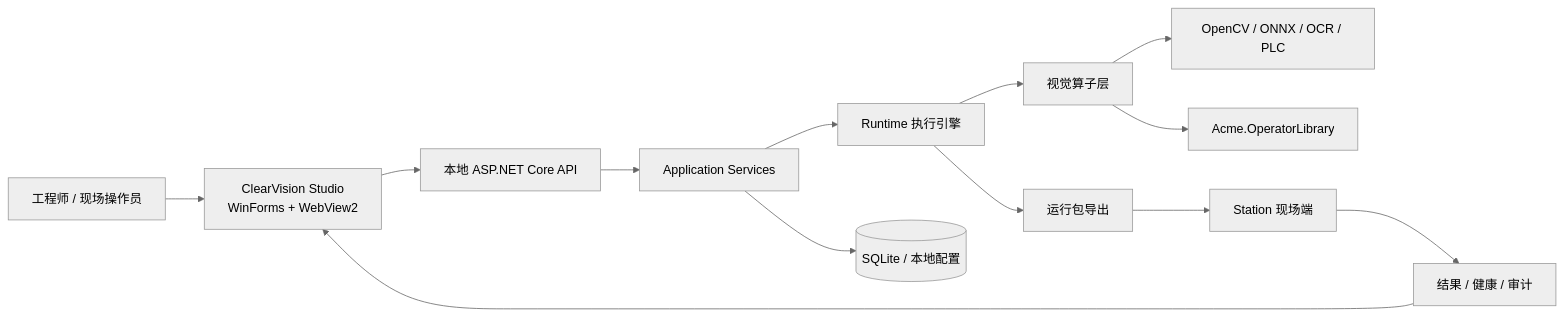
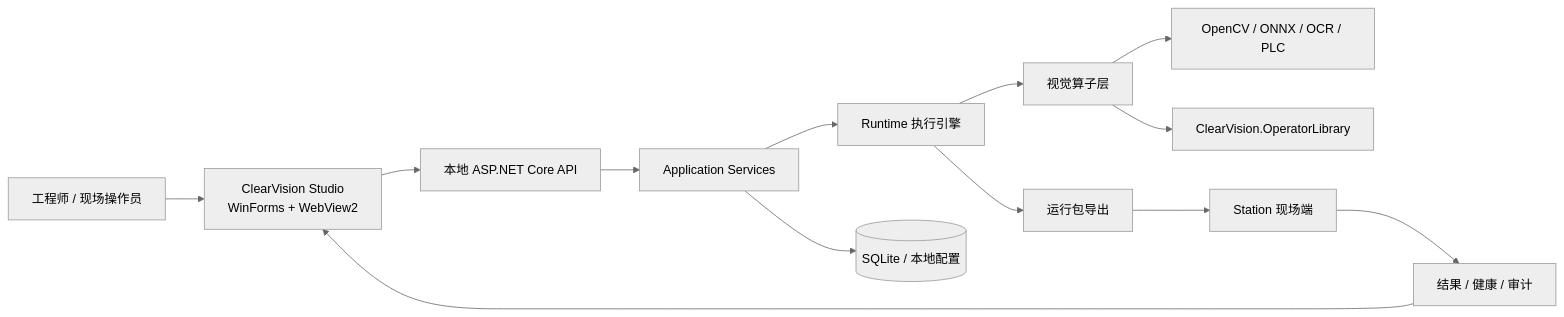
One commit to HerverJun/ClearVision changed the diagram in README.md. Above: the diagram before and after it, drawn with Mermaid (neutral theme). The commit also changed other lines of this file and 2268 other files, not shown here.

Commit message:
Rename Acme projects to ClearVision

````diff
--- a/README.md
+++ b/README.md
@@ -40,15 +40,15 @@
 ```mermaid
 flowchart LR
     User[工程师 / 现场操作员] --> Studio[ClearVision Studio<br/>WinForms + WebView2]
     Studio --> Api[本地 ASP.NET Core API]
     Api --> App[Application Services]
     App --> Runtime[Runtime 执行引擎]
     Runtime --> Operators[视觉算子层]
     Operators --> CV[OpenCV / ONNX / OCR / PLC]
     App --> Data[(SQLite / 本地配置)]
     Runtime --> Package[运行包导出]
     Package --> Station[Station 现场端]
     Station --> Results[结果 / 健康 / 审计]
     Results --> Studio
-    Operators --> NuGet[Acme.OperatorLibrary]
+    Operators --> NuGet[ClearVision.OperatorLibrary]
 ```
````
